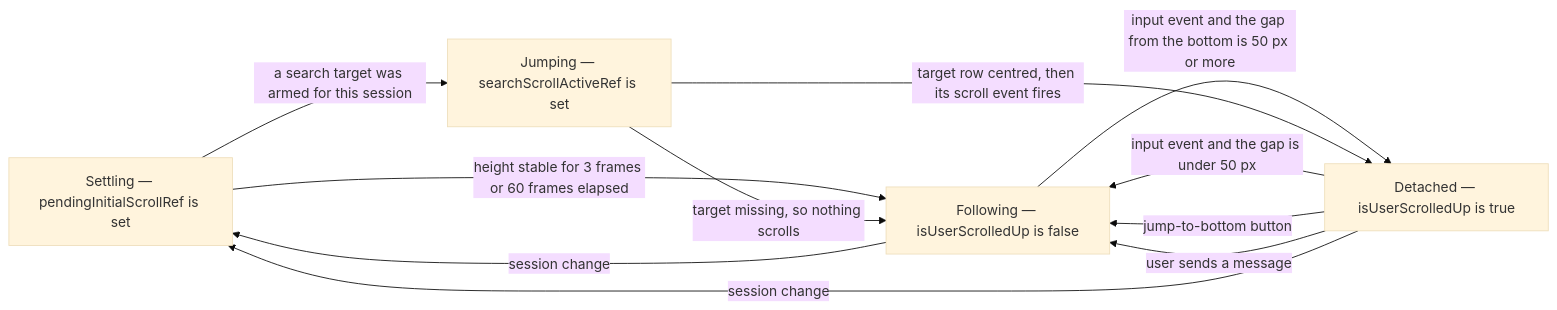
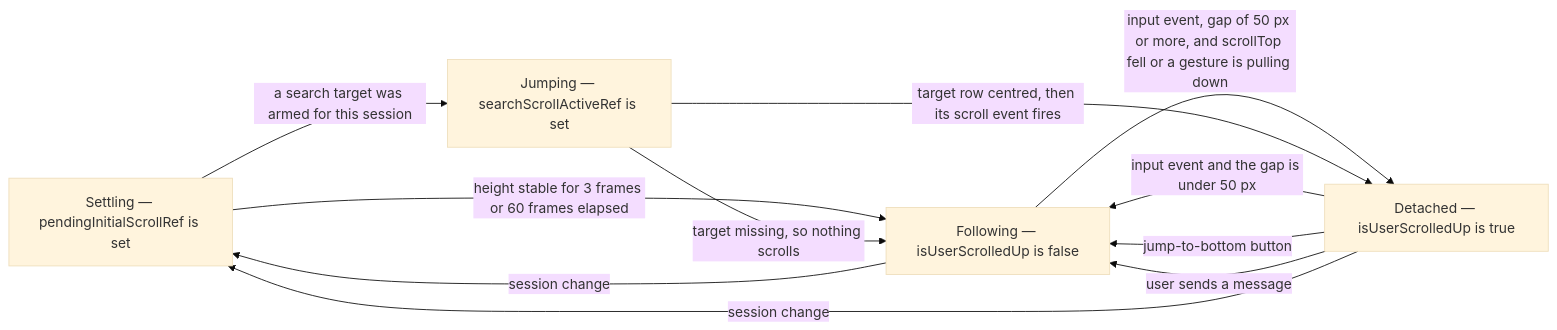
Before and after one commit to selierlin/cloudcli: the third of 5 diagrams in docs/architecture/05-scrolling.md, drawn with Mermaid (base theme). The commit also changed other lines of this file and 2 other files, not shown here.

````diff
--- a/docs/architecture/05-scrolling.md
+++ b/docs/architecture/05-scrolling.md
@@ -167,13 +201,13 @@
 ```mermaid
 flowchart LR
   S["Settling — pendingInitialScrollRef is set"] -->|"height stable for 3 frames or 60 frames elapsed"| F["Following — isUserScrolledUp is false"]
   S -->|"a search target was armed for this session"| J["Jumping — searchScrollActiveRef is set"]
-  F -->|"input event and the gap from the bottom is 50 px or more"| D["Detached — isUserScrolledUp is true"]
+  F -->|"input event, gap of 50 px or more, and scrollTop fell or a gesture is pulling down"| D["Detached — isUserScrolledUp is true"]
   D -->|"input event and the gap is under 50 px"| F
   D -->|"jump-to-bottom button"| F
   D -->|"user sends a message"| F
   J -->|"target row centred, then its scroll event fires"| D
   J -->|"target missing, so nothing scrolls"| F
   F -->|"session change"| S
   D -->|"session change"| S
 ```
````
